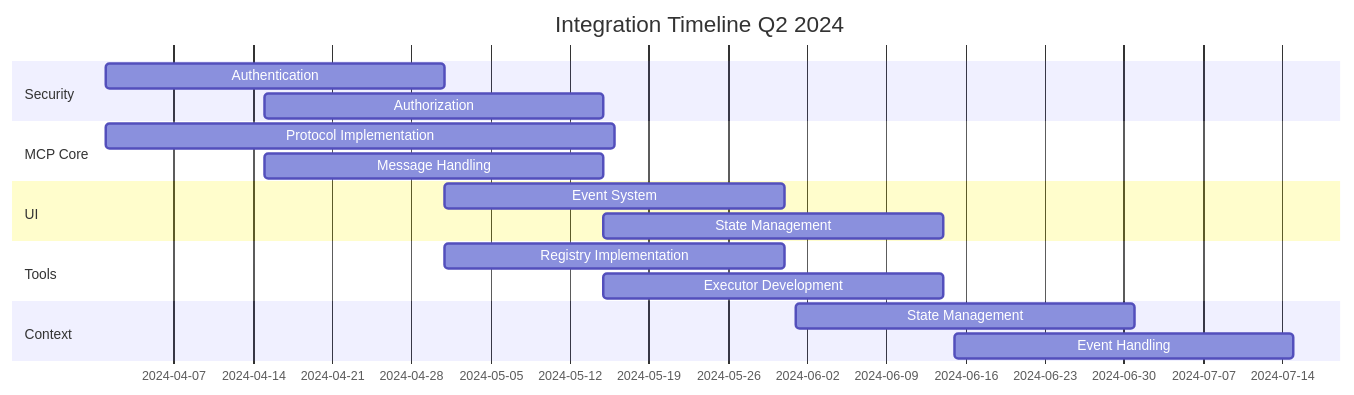
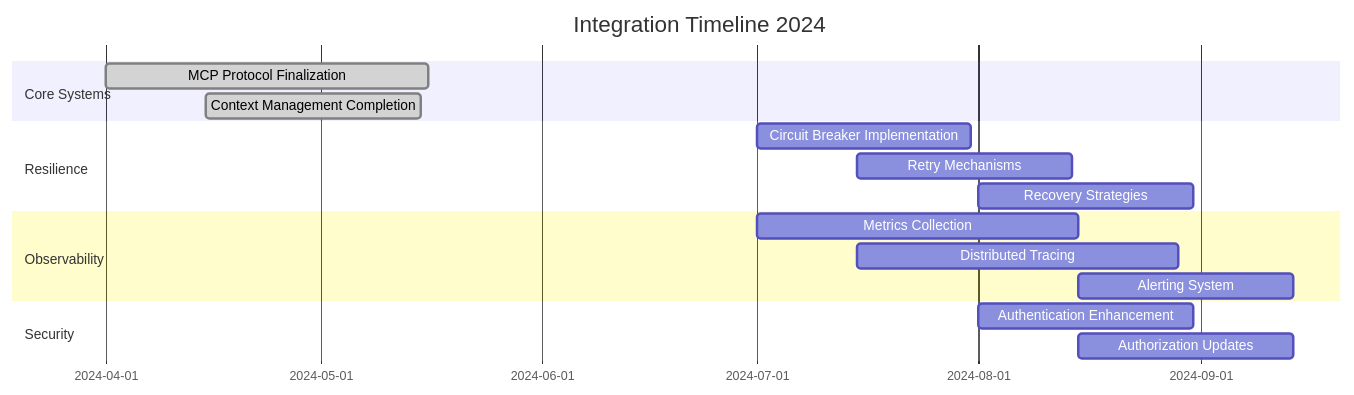
The third of 4 diagrams in specs/integration/README.md (ecoPrimals/squirrel), drawn with Mermaid before and after one commit. The commit also changed other lines of this file and 89 other files, not shown here.

````diff
--- a/specs/integration/README.md
+++ b/specs/integration/README.md
@@ -122,23 +129,22 @@
 ```mermaid
 ---
-title: Implementation Priority Flow
+title: Integration Timeline Q3-Q4 2024
 ---
 gantt
-    title Integration Timeline Q2 2024
+    title Integration Timeline 2024
     dateFormat  YYYY-MM-DD
+    section Core Systems
+    MCP Protocol Finalization    :done, 2024-04-01, 45d
+    Context Management Completion    :done, 2024-04-15, 30d
+    section Resilience
+    Circuit Breaker Implementation    :2024-07-01, 30d
+    Retry Mechanisms    :2024-07-15, 30d
+    Recovery Strategies    :2024-08-01, 30d
+    section Observability
+    Metrics Collection    :2024-07-01, 45d
+    Distributed Tracing    :2024-07-15, 45d
+    Alerting System    :2024-08-15, 30d
     section Security
-    Authentication    :2024-04-01, 30d
-    Authorization    :2024-04-15, 30d
-    section MCP Core
-    Protocol Implementation    :2024-04-01, 45d
-    Message Handling    :2024-04-15, 30d
-    section UI
-    Event System    :2024-05-01, 30d
-    State Management    :2024-05-15, 30d
-    section Tools
-    Registry Implementation    :2024-05-01, 30d
-    Executor Development    :2024-05-15, 30d
-    section Context
-    State Management    :2024-06-01, 30d
-    Event Handling    :2024-06-15, 30d
+    Authentication Enhancement    :2024-08-01, 30d
+    Authorization Updates    :2024-08-15, 30d
 ```
````
